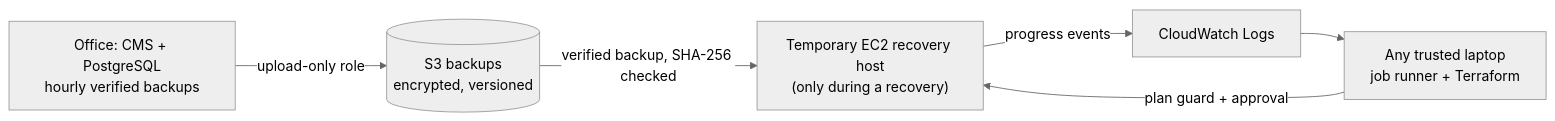
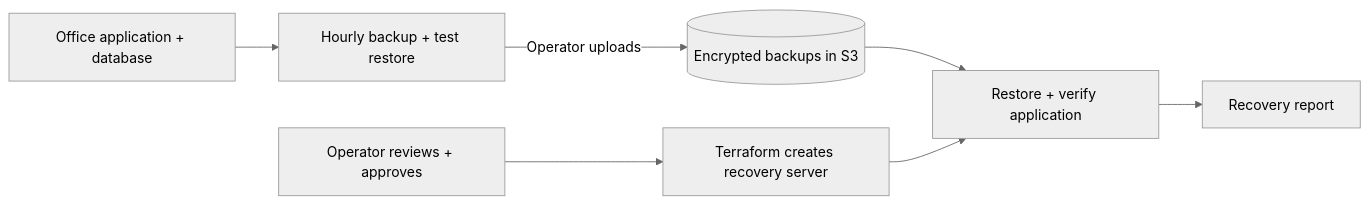
Before and after one commit to jervilangelo/bayanihan-dr: the diagram in README.md, drawn with Mermaid (neutral theme). The commit also changed other lines of this file and 1 other file, not shown here.

````diff
--- a/README.md
+++ b/README.md
@@ -41,7 +28,9 @@
 ```mermaid
 flowchart LR
-  Office["Office: CMS + PostgreSQL<br/>hourly verified backups"] -- "upload-only role" --> S3[("S3 backups<br/>encrypted, versioned")]
-  Laptop["Any trusted laptop<br/>job runner + Terraform"] -- "plan guard + approval" --> EC2["Temporary EC2 recovery host<br/>(only during a recovery)"]
-  S3 -- "verified backup, SHA-256 checked" --> EC2
-  EC2 -- "progress events" --> CW["CloudWatch Logs"] --> Laptop
+  Office["Office application + database"] --> Backup["Hourly backup + test restore"]
+  Backup -->|Operator uploads| S3[("Encrypted backups in S3")]
+  Operator["Operator reviews + approves"] --> Terraform["Terraform creates recovery server"]
+  S3 --> Restore["Restore + verify application"]
+  Terraform --> Restore
+  Restore --> Report["Recovery report"]
 ```
````
